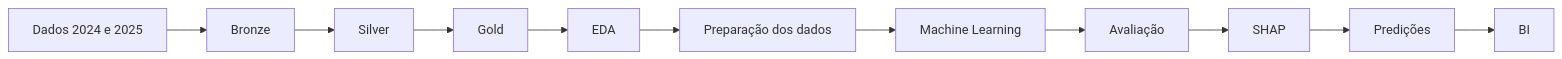
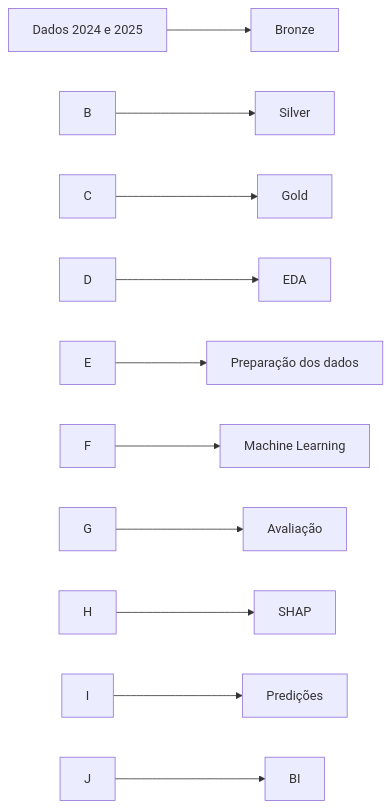
Before and after one commit to lucasvazw/Tech_Challange_fase_3: the diagram in README.md, drawn with Mermaid. The commit also changed other lines of this file, not shown here.

````diff
--- a/README.md
+++ b/README.md
@@ -103,13 +105,13 @@
 ```mermaid
 flowchart LR
-    A[Dados 2024 e 2025] --> B[Bronze]
-    B --> C[Silver]
-    C --> D[Gold]
-    D --> E[EDA]
-    E --> F[Preparação dos dados]
-    F --> G[Machine Learning]
-    G --> H[Avaliação]
-    H --> I[SHAP]
-    I --> J[Predições]
-    J --> K[BI]
+    A\[Dados 2024 e 2025] --> B\[Bronze]
+    B --> C\[Silver]
+    C --> D\[Gold]
+    D --> E\[EDA]
+    E --> F\[Preparação dos dados]
+    F --> G\[Machine Learning]
+    G --> H\[Avaliação]
+    H --> I\[SHAP]
+    I --> J\[Predições]
+    J --> K\[BI]
 ```
````
